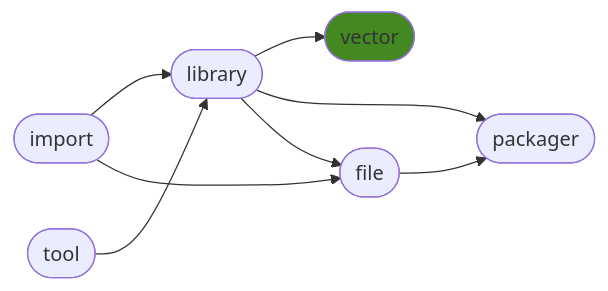
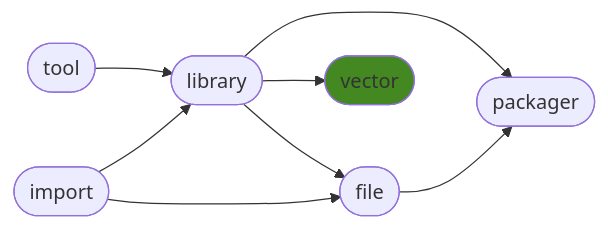
Before and after one commit to ManderaGeneral/generalvector: the diagram in README.md, drawn with Mermaid. The commit also changed other lines of this file, not shown here.

````diff
--- a/README.md
+++ b/README.md
@@ -24,17 +24,17 @@
 ```mermaid
 flowchart LR
+2([library]) --> 4([vector])
+1([tool]) --> 2([library])
+2([library]) --> 5([packager])
 0([import]) --> 2([library])
-0([import]) --> 3([file])
-2([library]) --> 4([vector])
-2([library]) --> 5([packager])
-1([tool]) --> 2([library])
 3([file]) --> 5([packager])
 2([library]) --> 3([file])
+0([import]) --> 3([file])
 click 0 "https://github.com/ManderaGeneral/generalimport"
 click 1 "https://github.com/ManderaGeneral/generaltool"
 click 2 "https://github.com/ManderaGeneral/generallibrary"
 click 3 "https://github.com/ManderaGeneral/generalfile"
 click 4 "https://github.com/ManderaGeneral/generalvector"
 click 5 "https://github.com/ManderaGeneral/generalpackager"
 style 4 fill:#482
 ```
````
